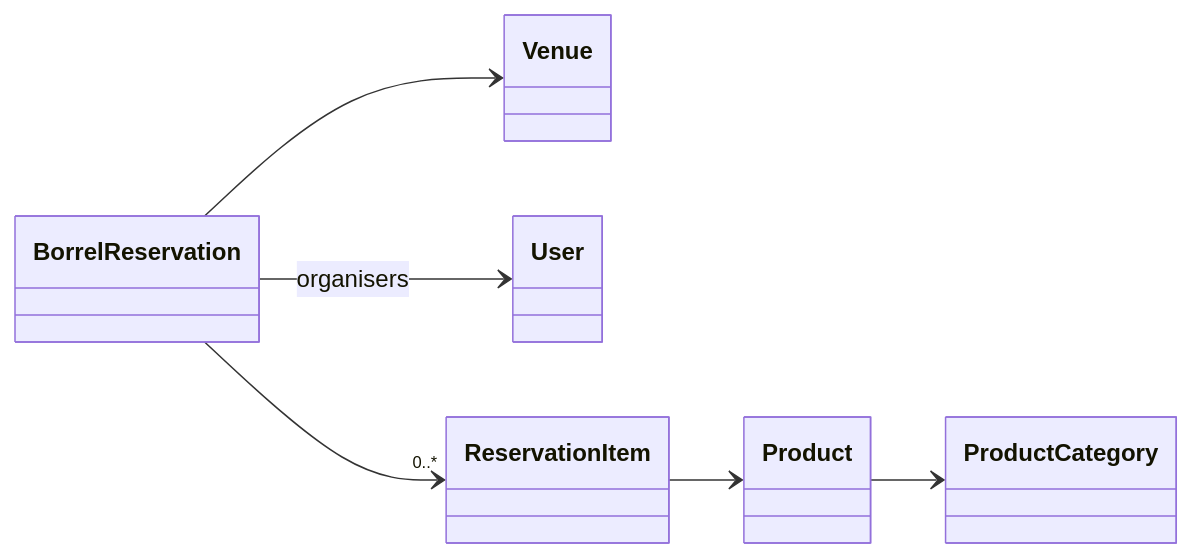
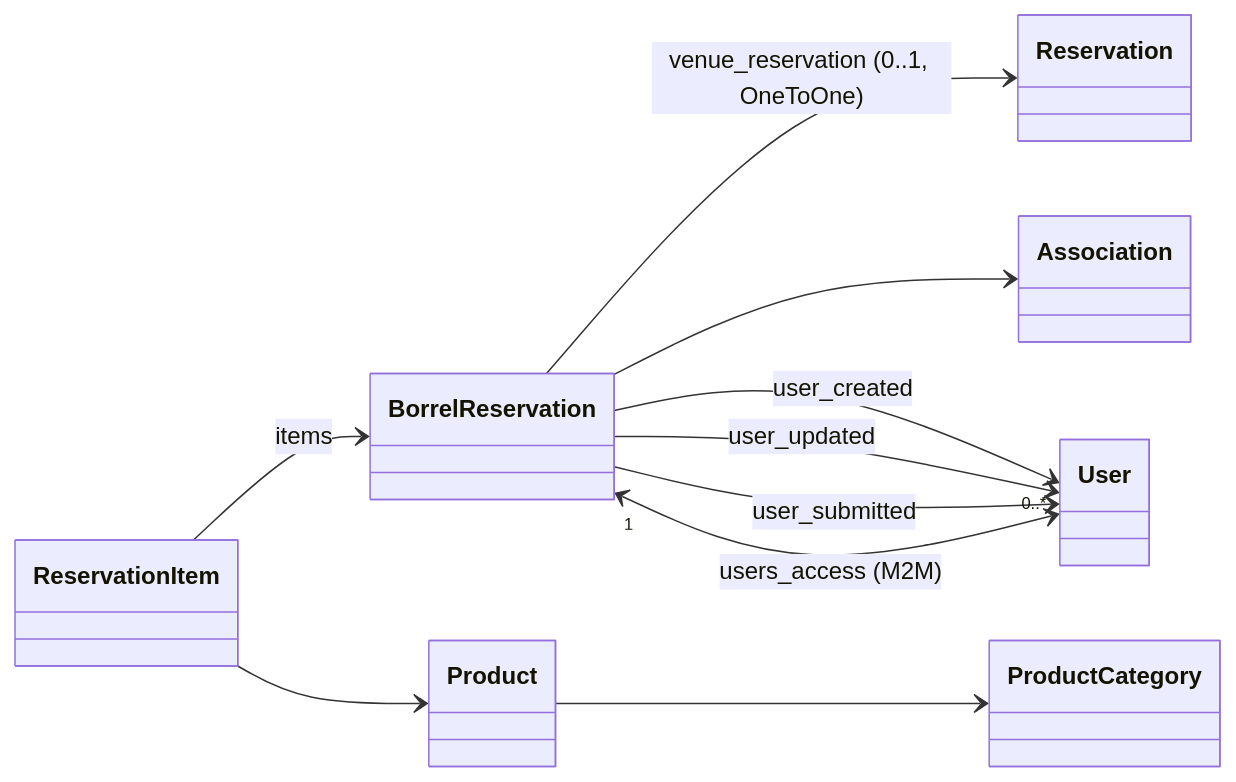
One commit to KiOui/TOSTI changed the diagram in website/borrel/README.md. Above: the diagram before and after it, drawn with Mermaid. The commit also changed other lines of this file and 3 other files, not shown here.

````diff
--- a/website/borrel/README.md
+++ b/website/borrel/README.md
@@ -9,9 +9,13 @@
 ```mermaid
 classDiagram
     direction LR
-    BorrelReservation --> Venue
-    BorrelReservation --> User : organisers
-    BorrelReservation --> "0..*" ReservationItem
+    BorrelReservation --> Reservation : venue_reservation (0..1, OneToOne)
+    BorrelReservation --> Association
+    BorrelReservation --> User : user_created
+    BorrelReservation --> User : user_updated
+    BorrelReservation --> User : user_submitted
+    BorrelReservation "1" <--> "0..*" User : users_access (M2M)
+    ReservationItem --> BorrelReservation : items
     ReservationItem --> Product
     Product --> ProductCategory
 ```
````
